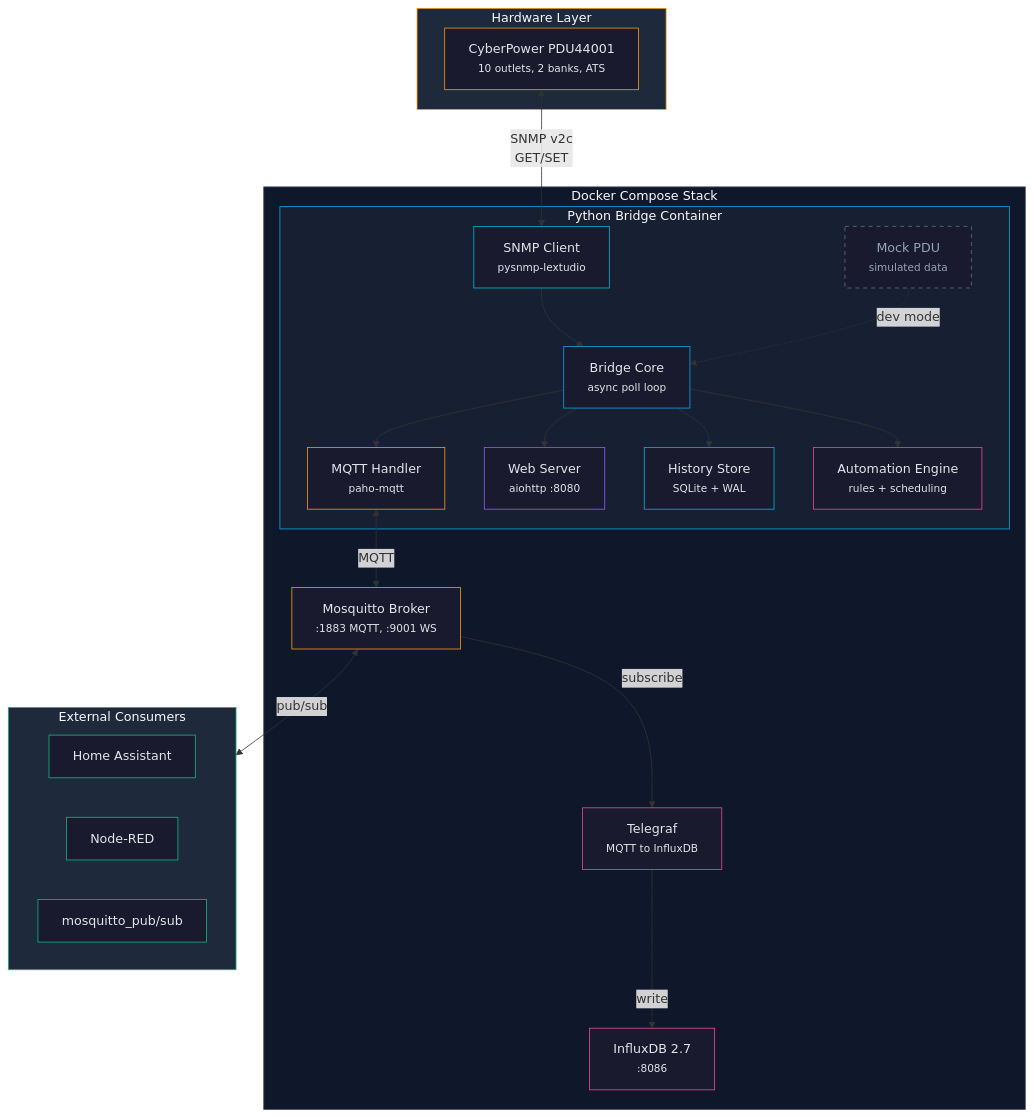
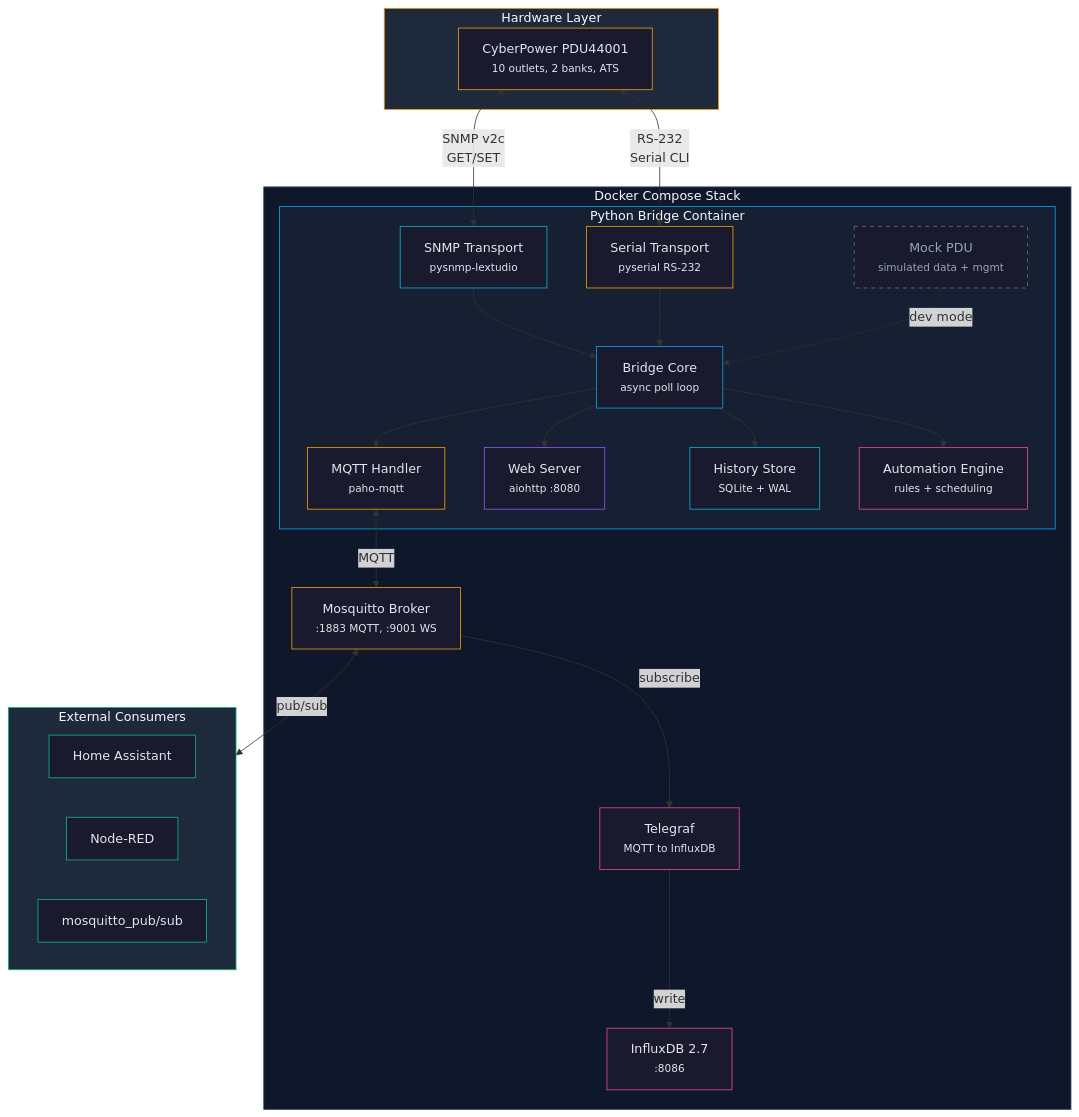
Before and after one commit to mvalancy/CyberPower-PDU: the first of 4 diagrams in docs/architecture.md, drawn with Mermaid. The commit also changed other lines of this file and 74 other files, not shown here.

First line of the commit message:
Add serial transport, full PDU management, and switch to GPL-3.0

````diff
--- a/docs/architecture.md
+++ b/docs/architecture.md
@@ -65,59 +65,63 @@
 ```mermaid
 graph TB
     subgraph Hardware ["Hardware Layer"]
         PDU["CyberPower PDU44001<br/><small>10 outlets, 2 banks, ATS</small>"]
     end
 
     subgraph Docker ["Docker Compose Stack"]
         subgraph BridgeContainer ["Python Bridge Container"]
-            SNMP["SNMP Client<br/><small>pysnmp-lextudio</small>"]
+            SNMP["SNMP Transport<br/><small>pysnmp-lextudio</small>"]
+            Serial["Serial Transport<br/><small>pyserial RS-232</small>"]
             Core["Bridge Core<br/><small>async poll loop</small>"]
             MQTTHandler["MQTT Handler<br/><small>paho-mqtt</small>"]
             WebServer["Web Server<br/><small>aiohttp :8080</small>"]
             History["History Store<br/><small>SQLite + WAL</small>"]
             Automation["Automation Engine<br/><small>rules + scheduling</small>"]
-            Mock["Mock PDU<br/><small>simulated data</small>"]
+            Mock["Mock PDU<br/><small>simulated data + mgmt</small>"]
         end
 
         Mosquitto["Mosquitto Broker<br/><small>:1883 MQTT, :9001 WS</small>"]
         Telegraf["Telegraf<br/><small>MQTT to InfluxDB</small>"]
         InfluxDB["InfluxDB 2.7<br/><small>:8086</small>"]
     end
 
     subgraph Consumers ["External Consumers"]
         HA["Home Assistant"]
         NodeRED["Node-RED"]
         CLI["mosquitto_pub/sub"]
     end
 
     PDU <-->|"SNMP v2c<br/>GET/SET"| SNMP
+    PDU <-->|"RS-232<br/>Serial CLI"| Serial
     SNMP --> Core
+    Serial --> Core
     Core --> MQTTHandler
     Core --> History
     Core --> Automation
     Core --> WebServer
     Mock -.->|"dev mode"| Core
     MQTTHandler <-->|"MQTT"| Mosquitto
     Mosquitto -->|"subscribe"| Telegraf
     Telegraf -->|"write"| InfluxDB
     Mosquitto <-->|"pub/sub"| Consumers
 
     style Hardware fill:#1e293b,stroke:#f59e0b,color:#f8fafc
     style Docker fill:#0f172a,stroke:#475569,color:#f8fafc
     style BridgeContainer fill:#172033,stroke:#0ea5e9,color:#f8fafc
     style Consumers fill:#1e293b,stroke:#10b981,color:#f8fafc
     style PDU fill:#1a1a2e,stroke:#f59e0b,color:#e2e4e9
     style SNMP fill:#1a1a2e,stroke:#06b6d4,color:#e2e4e9
+    style Serial fill:#1a1a2e,stroke:#f59e0b,color:#e2e4e9
     style Core fill:#1a1a2e,stroke:#0ea5e9,color:#e2e4e9
     style MQTTHandler fill:#1a1a2e,stroke:#f59e0b,color:#e2e4e9
     style WebServer fill:#1a1a2e,stroke:#8b5cf6,color:#e2e4e9
     style History fill:#1a1a2e,stroke:#06b6d4,color:#e2e4e9
     style Automation fill:#1a1a2e,stroke:#ec4899,color:#e2e4e9
     style Mock fill:#1a1a2e,stroke:#64748b,color:#94a3b8,stroke-dasharray:5
     style Mosquitto fill:#1a1a2e,stroke:#f59e0b,color:#e2e4e9
     style Telegraf fill:#1a1a2e,stroke:#ec4899,color:#e2e4e9
     style InfluxDB fill:#1a1a2e,stroke:#ec4899,color:#e2e4e9
     style HA fill:#1a1a2e,stroke:#10b981,color:#e2e4e9
     style NodeRED fill:#1a1a2e,stroke:#10b981,color:#e2e4e9
     style CLI fill:#1a1a2e,stroke:#10b981,color:#e2e4e9
 ```
````
